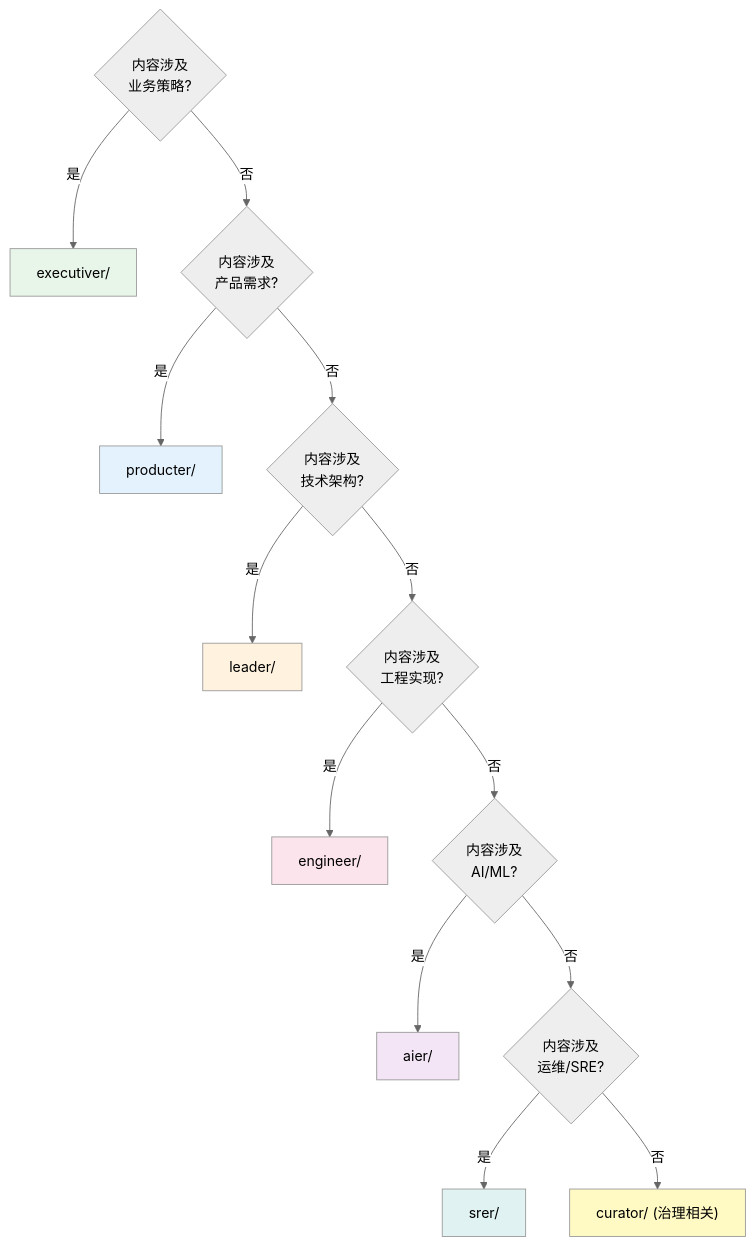
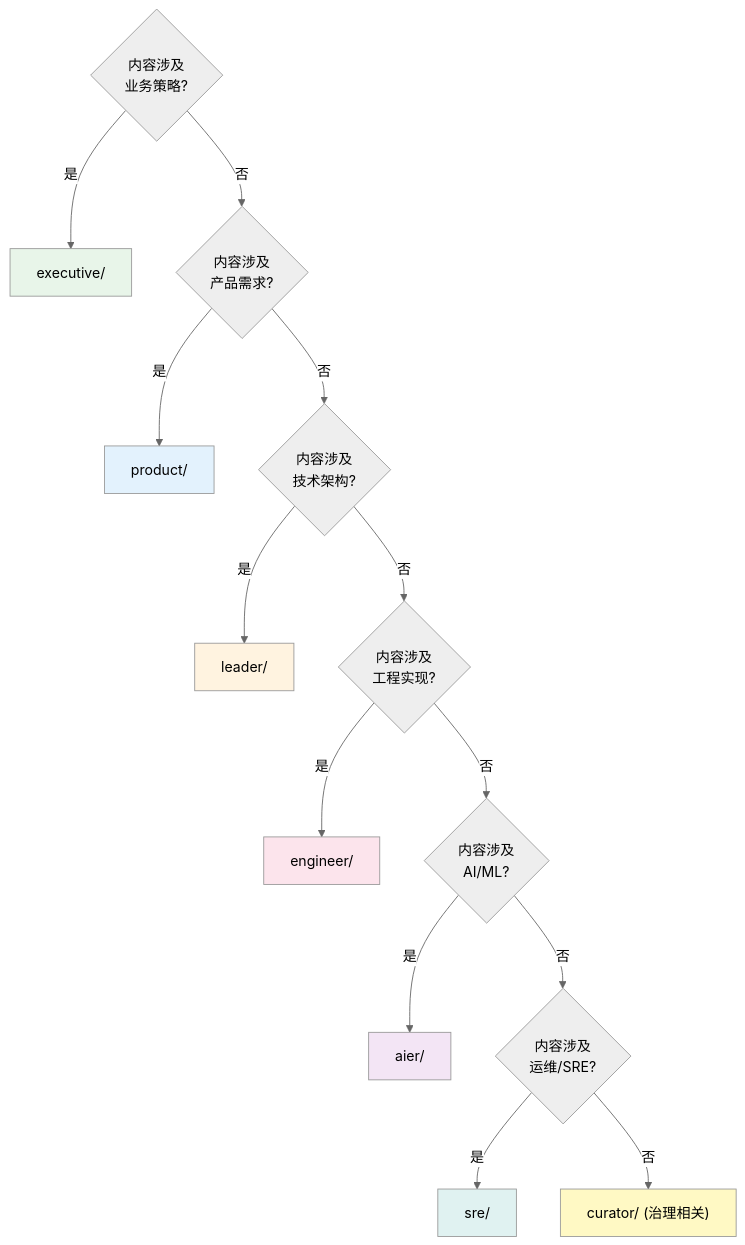
Before and after one commit to effiy/YrY: the ninth of 13 diagrams in YiKnowledge/projects/yiknowledge/prds/2026-07/00-需求-需求总览.md, drawn with Mermaid (neutral theme). The commit also changed other lines of this file and 4958 other files, not shown here.

````diff
--- a/YiKnowledge/projects/yiknowledge/prds/2026-07/00-需求-需求总览.md
+++ b/YiKnowledge/projects/yiknowledge/prds/2026-07/00-需求-需求总览.md
@@ -562,23 +562,23 @@
 ```mermaid
 graph TD
-  Q1{"内容涉及<br/>业务策略?"} -->|是| EXEC["executiver/"]
+  Q1{"内容涉及<br/>业务策略?"} -->|是| EXEC["executive/"]
   Q1 -->|否| Q2{"内容涉及<br/>产品需求?"}
-  Q2 -->|是| PROD["producter/"]
+  Q2 -->|是| PROD["product/"]
   Q2 -->|否| Q3{"内容涉及<br/>技术架构?"}
   Q3 -->|是| LEAD["leader/"]
   Q3 -->|否| Q4{"内容涉及<br/>工程实现?"}
   Q4 -->|是| ENG["engineer/"]
   Q4 -->|否| Q5{"内容涉及<br/>AI/ML?"}
   Q5 -->|是| AI["aier/"]
   Q5 -->|否| Q6{"内容涉及<br/>运维/SRE?"}
-  Q6 -->|是| SRE["srer/"]
+  Q6 -->|是| SRE["sre/"]
   Q6 -->|否| CURATOR["curator/ (治理相关)"]
 
   style EXEC fill:#e8f5e9
   style PROD fill:#e3f2fd
   style LEAD fill:#fff3e0
   style ENG fill:#fce4ec
   style AI fill:#f3e5f5
   style SRE fill:#e0f2f1
   style CURATOR fill:#fff9c4
 ```
````
